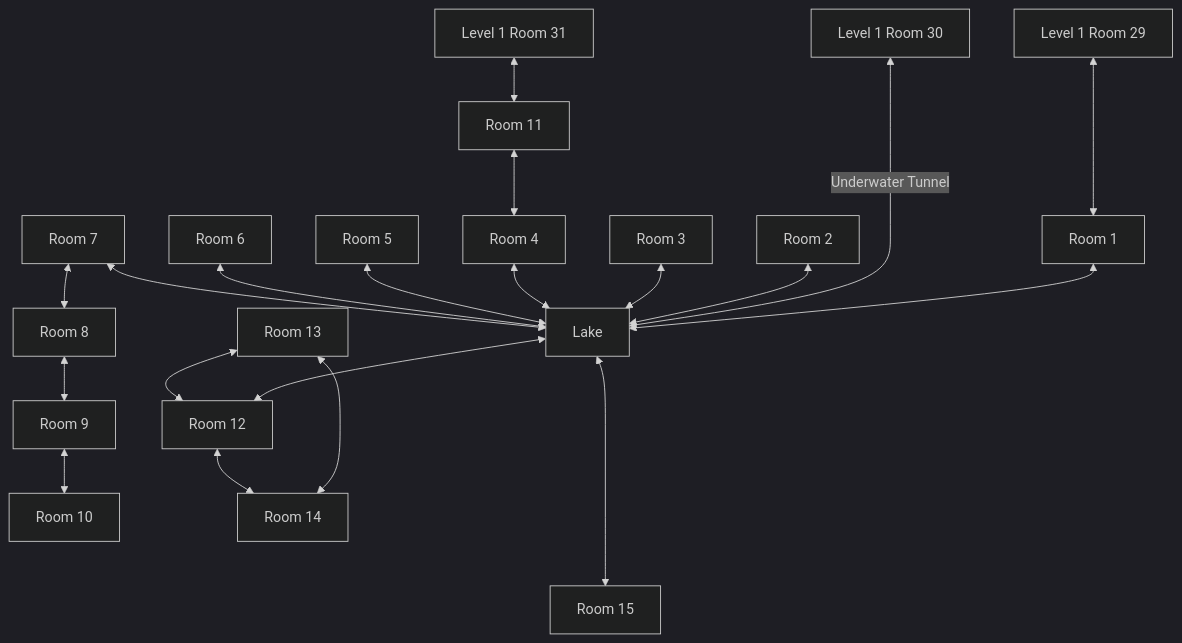
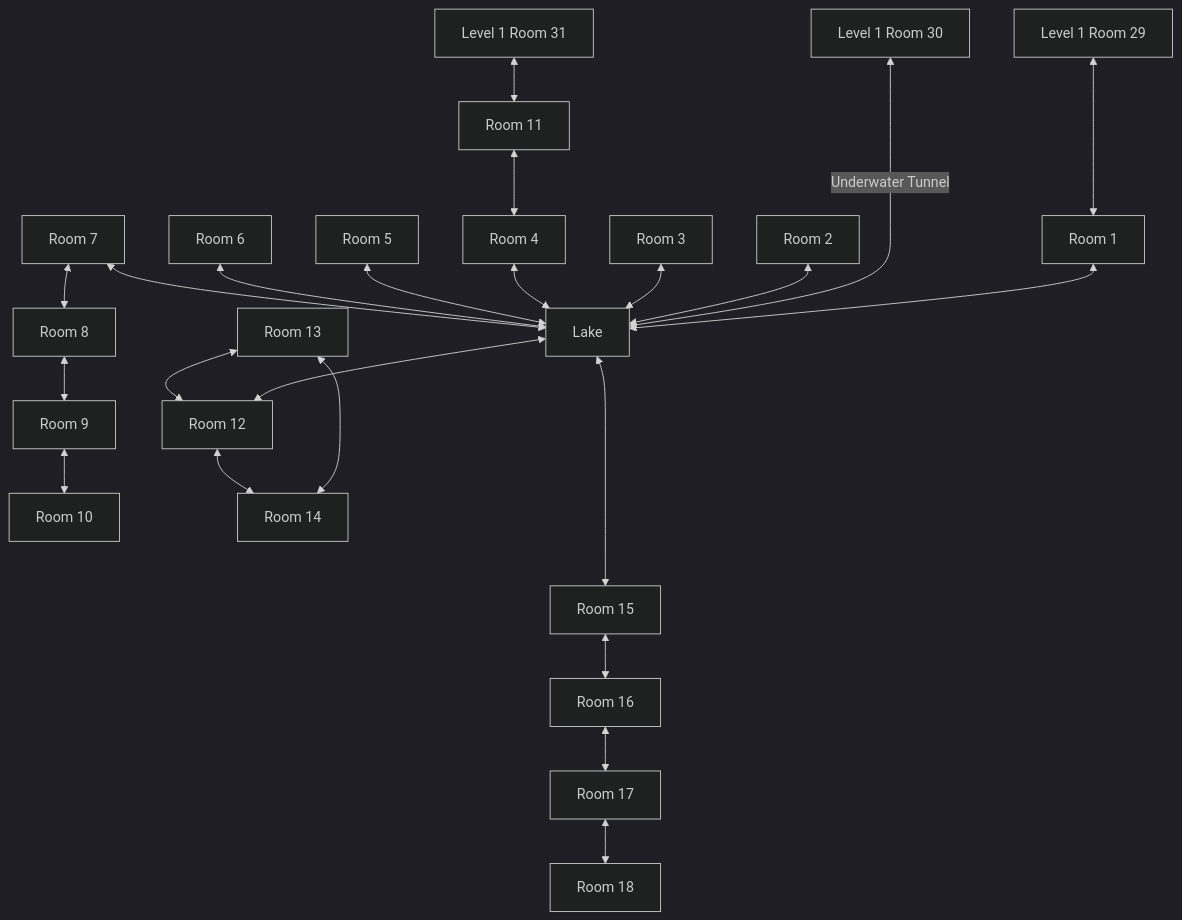
One commit to SlothBorg/Dungeon23 changed the diagram in Dungeon/Level_02/README.md. Above: the diagram before and after it, drawn with Mermaid (dark theme). The commit also changed 4 other files, not shown here.

````diff
--- a/Dungeon/Level_02/README.md
+++ b/Dungeon/Level_02/README.md
@@ -3,21 +3,25 @@
 ```mermaid
 flowchart TD
     A29[Level 1 Room 29] <---> B1[Room 1]
     B1 <--> La[Lake]
     A30[Level 1 Room 30] <-- Underwater Tunnel ----> La
     B2[Room 2] <--> La
     B3[Room 3] <--> La
     B4[Room 4] <--> La
     B5[Room 5] <--> La
     B6[Room 6] <--> La
     B7[Room 7] <--> La
     B7 <--> B8[Room 8]
     B8 <--> B9[Room 9]
     B9 <--> B10[Room 10]
     A31[Level 1 Room 31] <--> B11[Room 11] <--> B4
     La <--> B12[Room 12]
     B13[Room 13] <--> B12
     B13 <--> B14[Room 14]
     B12 <--> B14
     La <----> B15[Room 15]
+    B15 <--> B16[Room 16]
+    B16 <--> B17[Room 17]
+    B17 <--> B18[Room 18]
+    
 ```
````
